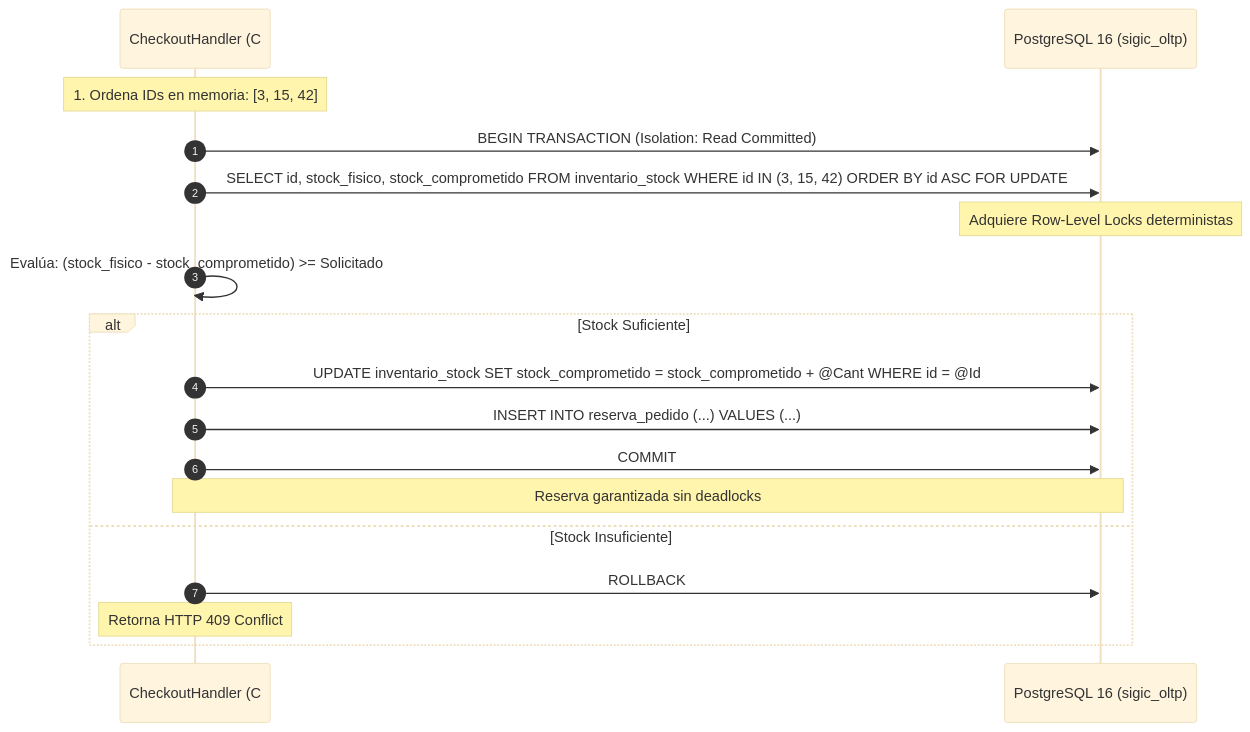
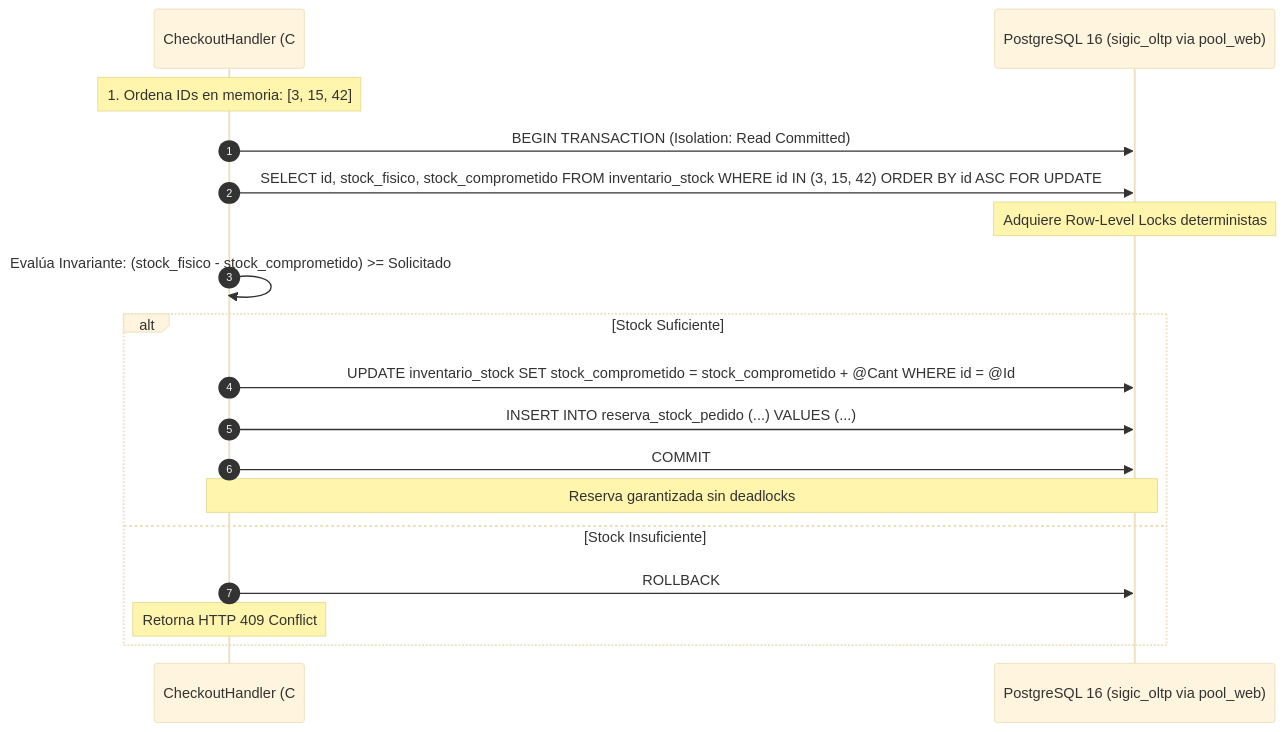
The fifth of 5 diagrams in 03-diseno-de-software/diseno-interno-modulos/patrones-de-diseno.md (Crhisxp/SIGIC-arquitSoft-proyecto-final), drawn with Mermaid (base theme) before and after one commit. The commit also changed other lines of this file and 53 other files, not shown here.

````diff
--- a/03-diseno-de-software/diseno-interno-modulos/patrones-de-diseno.md
+++ b/03-diseno-de-software/diseno-interno-modulos/patrones-de-diseno.md
@@ -158,21 +171,21 @@
 ```mermaid
 sequenceDiagram
     autonumber
     participant App as CheckoutHandler (C#)
-    participant DB as PostgreSQL 16 (sigic_oltp)
+    participant DB as PostgreSQL 16 (sigic_oltp via pool_web)
 
     Note over App: 1. Ordena IDs en memoria: [3, 15, 42]
     App->>DB: BEGIN TRANSACTION (Isolation: Read Committed)
     App->>DB: SELECT id, stock_fisico, stock_comprometido FROM inventario_stock WHERE id IN (3, 15, 42) ORDER BY id ASC FOR UPDATE;
     Note over DB: Adquiere Row-Level Locks deterministas
-    App->>App: Evalúa: (stock_fisico - stock_comprometido) >= Solicitado
+    App->>App: Evalúa Invariante: (stock_fisico - stock_comprometido) >= Solicitado
     alt Stock Suficiente
         App->>DB: UPDATE inventario_stock SET stock_comprometido = stock_comprometido + @Cant WHERE id = @Id;
-        App->>DB: INSERT INTO reserva_pedido (...) VALUES (...);
+        App->>DB: INSERT INTO reserva_stock_pedido (...) VALUES (...);
         App->>DB: COMMIT;
         Note over App,DB: Reserva garantizada sin deadlocks
     else Stock Insuficiente
         App->>DB: ROLLBACK;
         Note over App: Retorna HTTP 409 Conflict
     end
 ```
````
